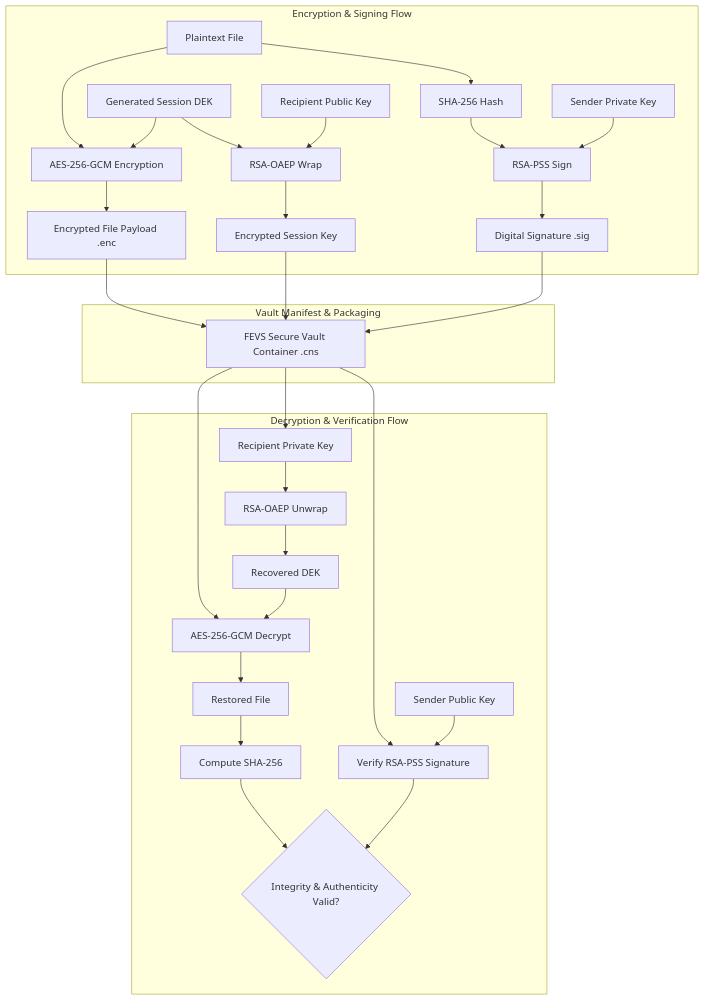
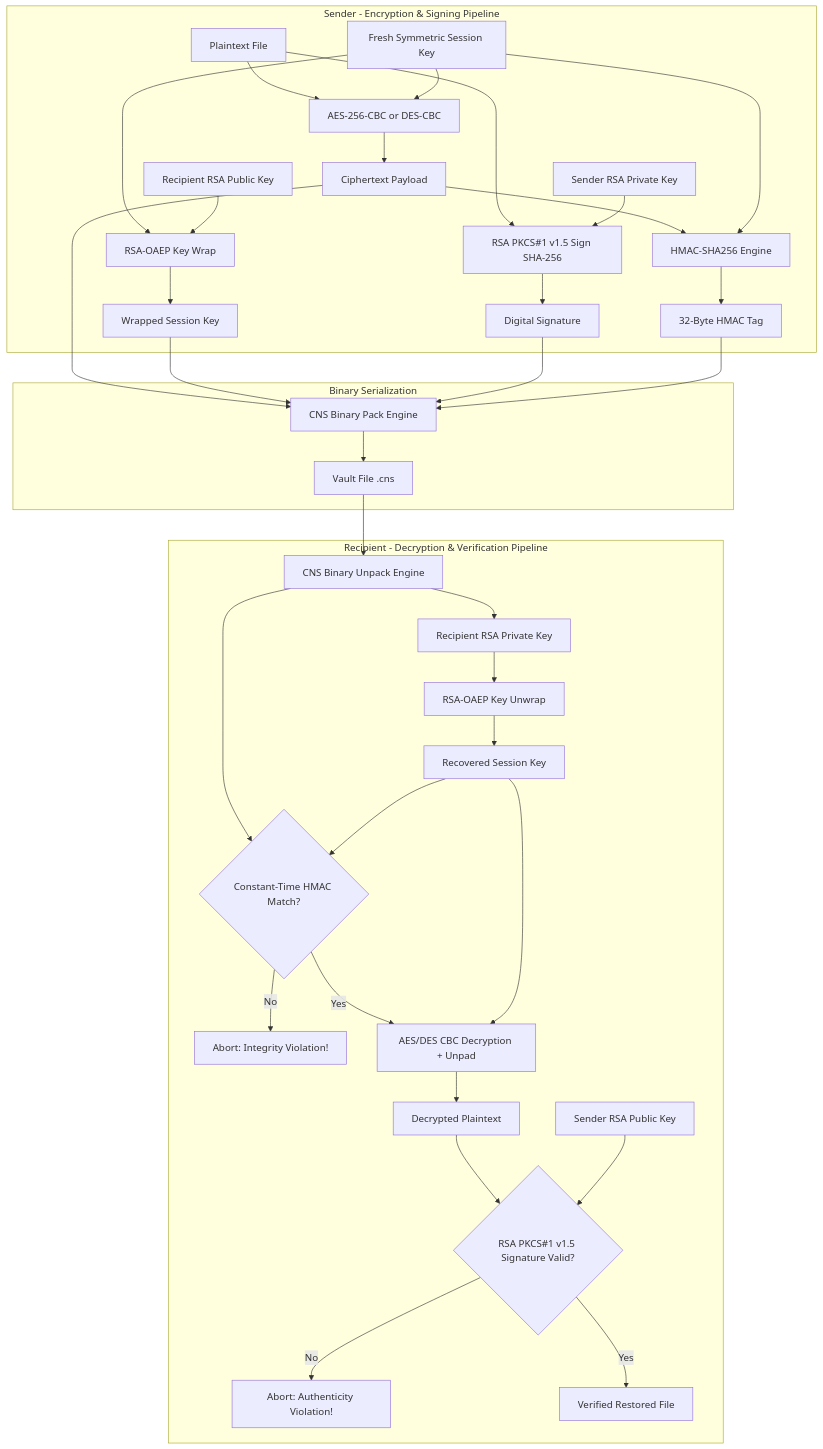
One commit to AtharvaTayade2005/File-Encryption-and-Verification-System changed the diagram in README.md. Above: the diagram before and after it, drawn with Mermaid. The commit also changed other lines of this file and 3 other files, not shown here.

````diff
--- a/README.md
+++ b/README.md
@@ -26,39 +29,48 @@
 ```mermaid
 flowchart TD
-    subgraph Encryption & Signing Flow
-        PlainFile[Plaintext File] --> SymEnc[AES-256-GCM Encryption]
-        RandomKey[Generated Session DEK] --> SymEnc
-        SymEnc --> CipherFile[Encrypted File Payload .enc]
+    subgraph Sender - Encryption & Signing Pipeline
+        PlainFile[Plaintext File] --> SymEnc[AES-256-CBC or DES-CBC]
+        RandomKey[Fresh Symmetric Session Key] --> SymEnc
+        SymEnc --> CipherFile[Ciphertext Payload]
         
-        RandomKey --> AsymEnc[RSA-OAEP Wrap]
-        RecipientPub[Recipient Public Key] --> AsymEnc
-        AsymEnc --> EncKey[Encrypted Session Key]
+        RandomKey --> AsymEnc[RSA-OAEP Key Wrap]
+        RecipientPub[Recipient RSA Public Key] --> AsymEnc
+        AsymEnc --> WrappedKey[Wrapped Session Key]
         
-        PlainFile --> HashEngine[SHA-256 Hash]
-        HashEngine --> SignEngine[RSA-PSS Sign]
-        SenderPriv[Sender Private Key] --> SignEngine
-        SignEngine --> DigSig[Digital Signature .sig]
+        PlainFile --> SignEngine[RSA PKCS#1 v1.5 Sign SHA-256]
+        SenderPriv[Sender RSA Private Key] --> SignEngine
+        SignEngine --> DigSig[Digital Signature]
+
+        CipherFile --> HMACGen[HMAC-SHA256 Engine]
+        RandomKey --> HMACGen
+        HMACGen --> HMACTag[32-Byte HMAC Tag]
     end
 
-    subgraph Vault Manifest & Packaging
-        CipherFile --> Vault[FEVS Secure Vault Container .cns]
-        EncKey --> Vault
-        DigSig --> Vault
+    subgraph Binary Serialization
+        CipherFile --> PackEngine[CNS Binary Pack Engine]
+        WrappedKey --> PackEngine
+        DigSig --> PackEngine
+        HMACTag --> PackEngine
+        PackEngine --> Vault[Vault File .cns]
     end
 
-    subgraph Decryption & Verification Flow
-        Vault --> RecipientPriv[Recipient Private Key]
-        RecipientPriv --> AsymDec[RSA-OAEP Unwrap]
-        AsymDec --> RecoveredDEK[Recovered DEK]
+    subgraph Recipient - Decryption & Verification Pipeline
+        Vault --> UnpackEngine[CNS Binary Unpack Engine]
+        UnpackEngine --> RecipientPriv[Recipient RSA Private Key]
+        RecipientPriv --> AsymDec[RSA-OAEP Key Unwrap]
+        AsymDec --> RecoveredKey[Recovered Session Key]
         
-        Vault --> SymDec[AES-256-GCM Decrypt]
-        RecoveredDEK --> SymDec
-        SymDec --> DecryptedFile[Restored File]
+        UnpackEngine --> HMACVerify{Constant-Time HMAC Match?}
+        RecoveredKey --> HMACVerify
+        HMACVerify -- No --> AbortHMAC[Abort: Integrity Violation!]
         
-        DecryptedFile --> VerifyHash[Compute SHA-256]
-        Vault --> VerifySig[Verify RSA-PSS Signature]
-        SenderPub[Sender Public Key] --> VerifySig
-        VerifyHash --> IntegrityCheck{Integrity & Authenticity Valid?}
-        VerifySig --> IntegrityCheck
+        HMACVerify -- Yes --> SymDec[AES/DES CBC Decryption + Unpad]
+        RecoveredKey --> SymDec
+        SymDec --> DecryptedPlain[Decrypted Plaintext]
+        
+        DecryptedPlain --> SigVerify{RSA PKCS#1 v1.5 Signature Valid?}
+        SenderPub[Sender RSA Public Key] --> SigVerify
+        SigVerify -- No --> AbortSig[Abort: Authenticity Violation!]
+        SigVerify -- Yes --> OutputFile[Verified Restored File]
     end
 ```
````
